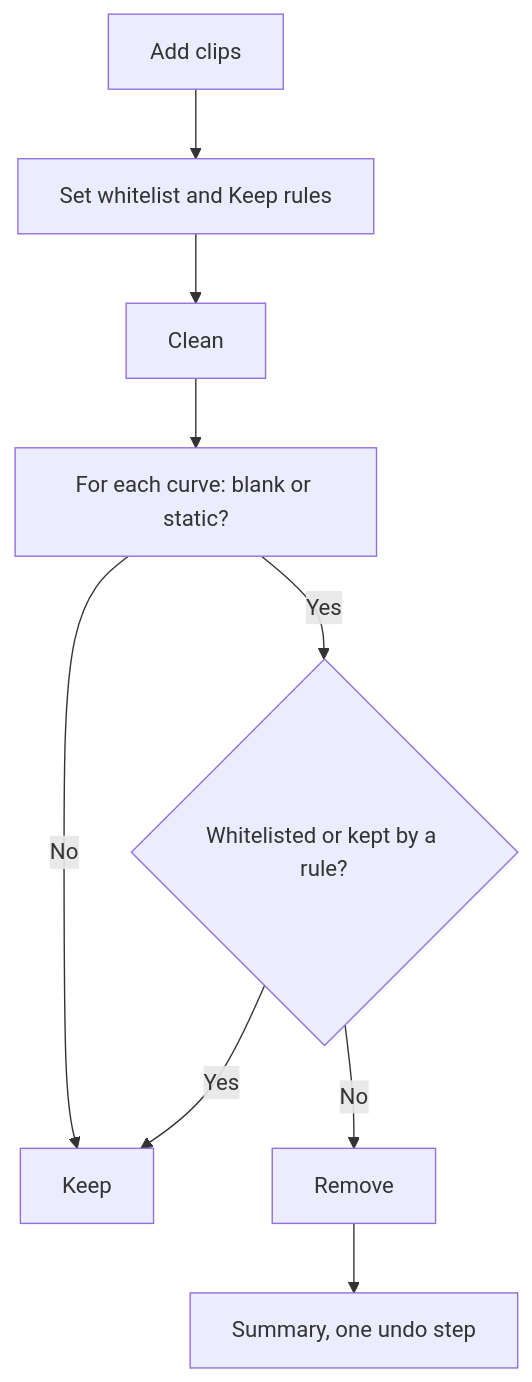
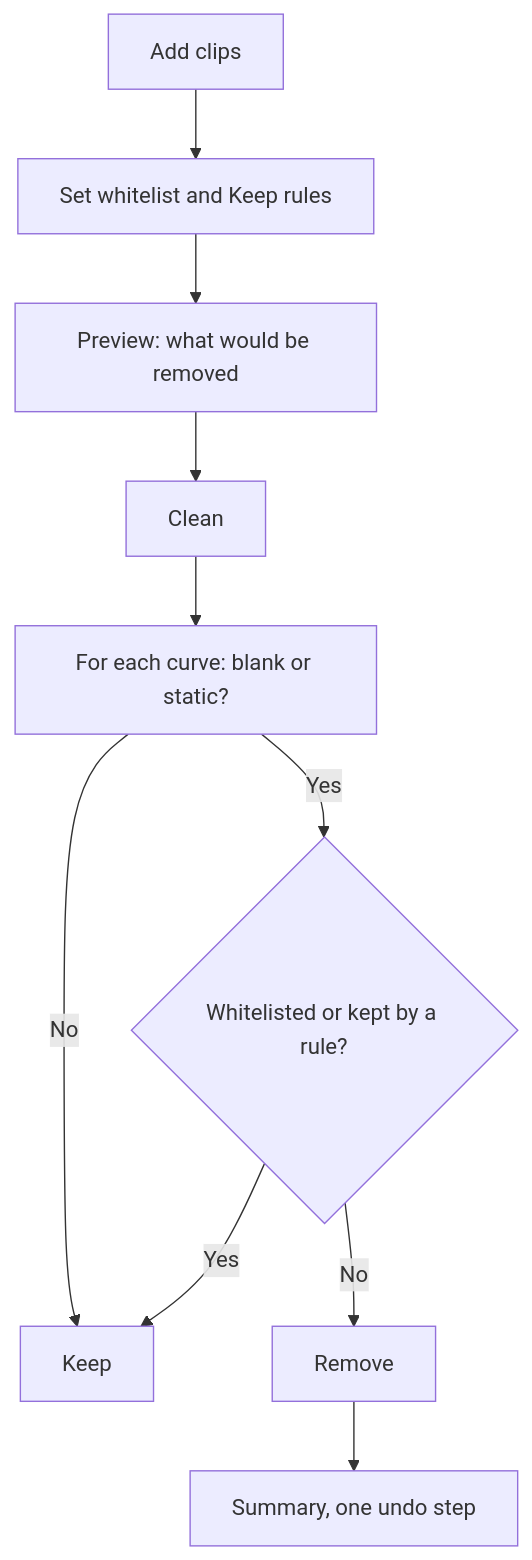
The diagram in docs/About/Tools/CleanAnimationKeys.md (Rionquosue/riryunityworkflow), drawn with Mermaid before and after one commit. The commit also changed other lines of this file and 51 other files, not shown here.

First line of the commit message:
Menu Tool icon and name checks, Material Cleaner floats and colors, undoable Controller Cleaner, Clean Animation Keys preview, Find and Replace partial and regex, AutoSync remote catch-up, Avatar Migration dry run, FTEmulator recording, Import Presets drag overlay, docs

````diff
--- a/docs/About/Tools/CleanAnimationKeys.md
+++ b/docs/About/Tools/CleanAnimationKeys.md
@@ -30,11 +31,12 @@
 ```mermaid
 flowchart TD
     A[Add clips] --> B[Set whitelist and Keep rules]
-    B --> C[Clean]
+    B --> P[Preview: what would be removed]
+    P --> C[Clean]
     C --> D[For each curve: blank or static?]
     D -- No --> E[Keep]
     D -- Yes --> F{Whitelisted or kept by a rule?}
     F -- Yes --> E
     F -- No --> G[Remove]
     G --> H[Summary, one undo step]
 ```
````
